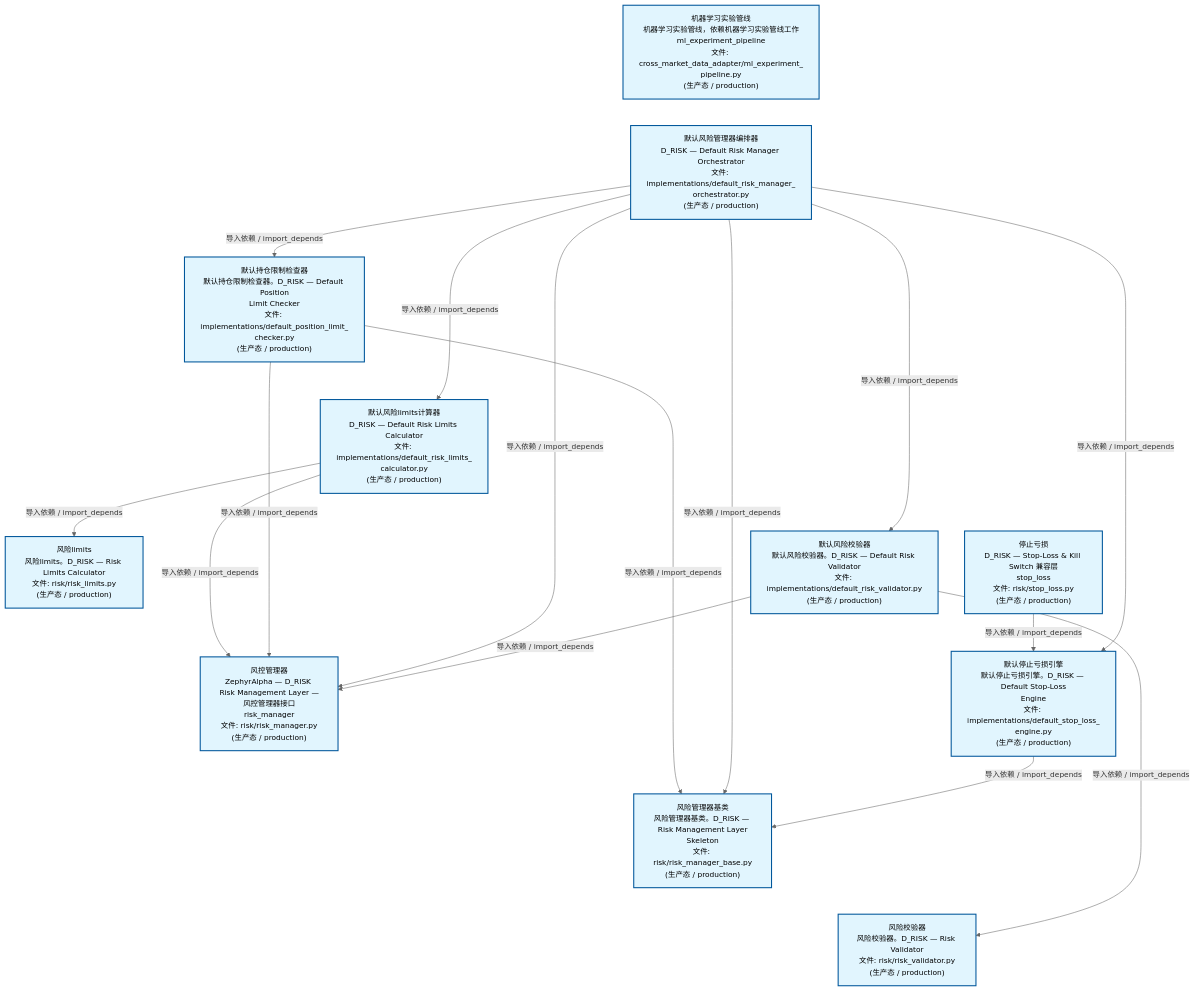
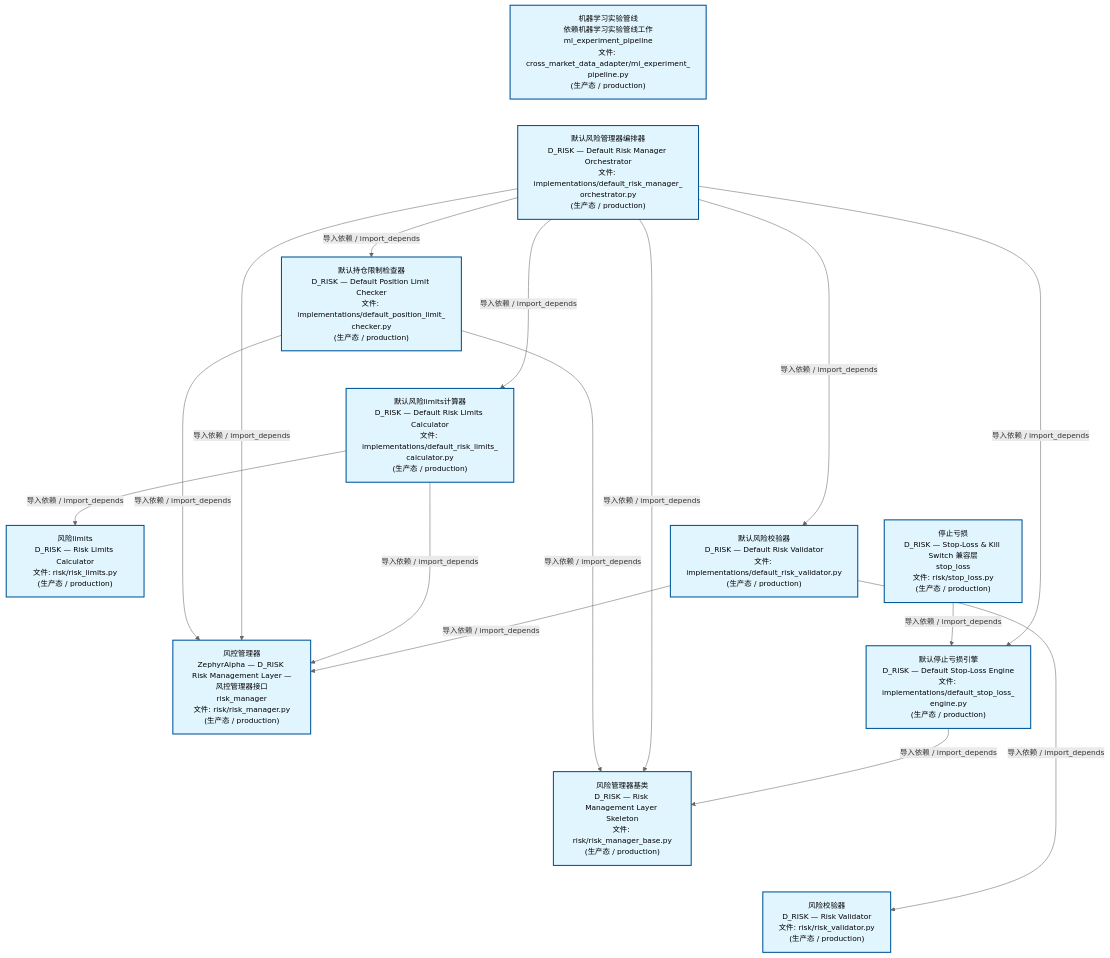
The second of 4 diagrams in docs/02_enterprise_architecture/02_domain_architecture_docs/65_d_risk.md (xuanFelixVan/ZephyrAlpha), drawn with Mermaid before and after one commit. The commit also changed other lines of this file and 63 other files, not shown here.

````diff
--- a/docs/02_enterprise_architecture/02_domain_architecture_docs/65_d_risk.md
+++ b/docs/02_enterprise_architecture/02_domain_architecture_docs/65_d_risk.md
@@ -136,42 +136,42 @@
 ```mermaid
 %%{init: {'theme': 'base', 'themeVariables': {'primaryColor': '#eaeaea', 'primaryTextColor': '#333333', 'primaryBorderColor': '#666666', 'lineColor': '#666666', 'secondaryColor': '#eaeaea', 'tertiaryColor': '#eaeaea', 'fontSize': '14px'}}}%%
 flowchart TD
-    src_zephyr_risk_cross_asset_cross_market_data_adapter_ml_experiment_pipeline_py["机器学习实验管线<br/>机器学习实验管线，依赖机器学习实验管线工作<br/>ml_experiment_pipeline<br/>文件: cross_market_data_adapter/ml_experiment_<br/>pipeline.py<br/>(生产态 / production)"]
+    src_zephyr_risk_cross_asset_cross_market_data_adapter_ml_experiment_pipeline_py["机器学习实验管线<br/>依赖机器学习实验管线工作<br/>ml_experiment_pipeline<br/>文件: cross_market_data_adapter/ml_experiment_<br/>pipeline.py<br/>(生产态 / production)"]
     src_zephyr_risk_implementations_default_risk_manager_orchestrator_py["默认风险管理器编排器<br/>D_RISK — Default Risk Manager Orchestrator<br/>文件: implementations/default_risk_manager_<br/>orchestrator.py<br/>(生产态 / production)"]
     src_zephyr_risk_stop_loss_py["停止亏损<br/>D_RISK — Stop-Loss & Kill Switch 兼容层<br/>stop_loss<br/>文件: risk/stop_loss.py<br/>(生产态 / production)"]
     src_zephyr_risk_cross_asset_cross_market_data_adapter_ml_experiment_pipeline_py ~~~ src_zephyr_risk_implementations_default_risk_manager_orchestrator_py
     src_zephyr_risk_implementations_default_risk_manager_orchestrator_py ~~~ src_zephyr_risk_stop_loss_py
-    src_zephyr_risk_implementations_default_position_limit_checker_py["默认持仓限制检查器<br/>默认持仓限制检查器。D_RISK — Default Position<br/>Limit Checker<br/>文件: implementations/default_position_limit_<br/>checker.py<br/>(生产态 / production)"]
+    src_zephyr_risk_implementations_default_position_limit_checker_py["默认持仓限制检查器<br/>D_RISK — Default Position Limit Checker<br/>文件: implementations/default_position_limit_<br/>checker.py<br/>(生产态 / production)"]
     src_zephyr_risk_implementations_default_risk_limits_calculator_py["默认风险limits计算器<br/>D_RISK — Default Risk Limits Calculator<br/>文件: implementations/default_risk_limits_<br/>calculator.py<br/>(生产态 / production)"]
-    src_zephyr_risk_implementations_default_risk_validator_py["默认风险校验器<br/>默认风险校验器。D_RISK — Default Risk Validator<br/>文件: implementations/default_risk_validator.py<br/>(生产态 / production)"]
-    src_zephyr_risk_implementations_default_stop_loss_engine_py["默认停止亏损引擎<br/>默认停止亏损引擎。D_RISK — Default Stop-Loss<br/>Engine<br/>文件: implementations/default_stop_loss_<br/>engine.py<br/>(生产态 / production)"]
+    src_zephyr_risk_implementations_default_risk_validator_py["默认风险校验器<br/>D_RISK — Default Risk Validator<br/>文件: implementations/default_risk_validator.py<br/>(生产态 / production)"]
+    src_zephyr_risk_implementations_default_stop_loss_engine_py["默认停止亏损引擎<br/>D_RISK — Default Stop-Loss Engine<br/>文件: implementations/default_stop_loss_<br/>engine.py<br/>(生产态 / production)"]
     src_zephyr_risk_implementations_default_position_limit_checker_py ~~~ src_zephyr_risk_implementations_default_risk_limits_calculator_py
     src_zephyr_risk_implementations_default_risk_limits_calculator_py ~~~ src_zephyr_risk_implementations_default_risk_validator_py
     src_zephyr_risk_implementations_default_risk_validator_py ~~~ src_zephyr_risk_implementations_default_stop_loss_engine_py
-    src_zephyr_risk_risk_limits_py["风险limits<br/>风险limits。D_RISK — Risk Limits Calculator<br/>文件: risk/risk_limits.py<br/>(生产态 / production)"]
+    src_zephyr_risk_risk_limits_py["风险limits<br/>D_RISK — Risk Limits Calculator<br/>文件: risk/risk_limits.py<br/>(生产态 / production)"]
     src_zephyr_risk_risk_manager_py["风控管理器<br/>ZephyrAlpha — D_RISK Risk Management Layer —<br/>风控管理器接口<br/>risk_manager<br/>文件: risk/risk_manager.py<br/>(生产态 / production)"]
-    src_zephyr_risk_risk_manager_base_py["风险管理器基类<br/>风险管理器基类。D_RISK — Risk Management Layer<br/>Skeleton<br/>文件: risk/risk_manager_base.py<br/>(生产态 / production)"]
-    src_zephyr_risk_risk_validator_py["风险校验器<br/>风险校验器。D_RISK — Risk Validator<br/>文件: risk/risk_validator.py<br/>(生产态 / production)"]
+    src_zephyr_risk_risk_manager_base_py["风险管理器基类<br/>D_RISK — Risk Management Layer Skeleton<br/>文件: risk/risk_manager_base.py<br/>(生产态 / production)"]
+    src_zephyr_risk_risk_validator_py["风险校验器<br/>D_RISK — Risk Validator<br/>文件: risk/risk_validator.py<br/>(生产态 / production)"]
     src_zephyr_risk_risk_limits_py ~~~ src_zephyr_risk_risk_manager_py
     src_zephyr_risk_risk_manager_py ~~~ src_zephyr_risk_risk_manager_base_py
     src_zephyr_risk_risk_manager_base_py ~~~ src_zephyr_risk_risk_validator_py
     src_zephyr_risk_stop_loss_py -->|导入依赖 / import_depends| src_zephyr_risk_implementations_default_stop_loss_engine_py
-    src_zephyr_risk_implementations_default_risk_limits_calculator_py -->|导入依赖 / import_depends| src_zephyr_risk_risk_manager_py
-    src_zephyr_risk_implementations_default_risk_limits_calculator_py -->|导入依赖 / import_depends| src_zephyr_risk_risk_limits_py
     src_zephyr_risk_implementations_default_position_limit_checker_py -->|导入依赖 / import_depends| src_zephyr_risk_risk_manager_py
     src_zephyr_risk_implementations_default_position_limit_checker_py -->|导入依赖 / import_depends| src_zephyr_risk_risk_manager_base_py
     src_zephyr_risk_implementations_default_risk_manager_orchestrator_py -->|导入依赖 / import_depends| src_zephyr_risk_risk_manager_py
     src_zephyr_risk_implementations_default_risk_manager_orchestrator_py -->|导入依赖 / import_depends| src_zephyr_risk_risk_manager_base_py
+    src_zephyr_risk_implementations_default_risk_manager_orchestrator_py -->|导入依赖 / import_depends| src_zephyr_risk_implementations_default_position_limit_checker_py
     src_zephyr_risk_implementations_default_risk_manager_orchestrator_py -->|导入依赖 / import_depends| src_zephyr_risk_implementations_default_risk_limits_calculator_py
-    src_zephyr_risk_implementations_default_risk_manager_orchestrator_py -->|导入依赖 / import_depends| src_zephyr_risk_implementations_default_position_limit_checker_py
+    src_zephyr_risk_implementations_default_risk_manager_orchestrator_py -->|导入依赖 / import_depends| src_zephyr_risk_implementations_default_risk_validator_py
     src_zephyr_risk_implementations_default_risk_manager_orchestrator_py -->|导入依赖 / import_depends| src_zephyr_risk_implementations_default_stop_loss_engine_py
-    src_zephyr_risk_implementations_default_risk_manager_orchestrator_py -->|导入依赖 / import_depends| src_zephyr_risk_implementations_default_risk_validator_py
-    src_zephyr_risk_implementations_default_stop_loss_engine_py -->|导入依赖 / import_depends| src_zephyr_risk_risk_manager_base_py
+    src_zephyr_risk_implementations_default_risk_limits_calculator_py -->|导入依赖 / import_depends| src_zephyr_risk_risk_manager_py
+    src_zephyr_risk_implementations_default_risk_limits_calculator_py -->|导入依赖 / import_depends| src_zephyr_risk_risk_limits_py
     src_zephyr_risk_implementations_default_risk_validator_py -->|导入依赖 / import_depends| src_zephyr_risk_risk_manager_py
     src_zephyr_risk_implementations_default_risk_validator_py -->|导入依赖 / import_depends| src_zephyr_risk_risk_validator_py
+    src_zephyr_risk_implementations_default_stop_loss_engine_py -->|导入依赖 / import_depends| src_zephyr_risk_risk_manager_base_py
     classDef production fill:#e1f5fe,stroke:#01579b,stroke-width:2px,color:#000
     classDef design fill:#fff3e0,stroke:#e65100,stroke-width:2px,color:#000,stroke-dasharray: 5 5
     classDef external_prod fill:#e8f4fd,stroke:#0277bd,stroke-width:1px,color:#000
     classDef external_design fill:#fff8e7,stroke:#ef6c00,stroke-width:1px,color:#000,stroke-dasharray: 5 5
     class src_zephyr_risk_cross_asset_cross_market_data_adapter_ml_experiment_pipeline_py,src_zephyr_risk_implementations_default_position_limit_checker_py,src_zephyr_risk_implementations_default_risk_limits_calculator_py,src_zephyr_risk_implementations_default_risk_manager_orchestrator_py,src_zephyr_risk_implementations_default_risk_validator_py,src_zephyr_risk_implementations_default_stop_loss_engine_py,src_zephyr_risk_risk_limits_py,src_zephyr_risk_risk_manager_py,src_zephyr_risk_risk_manager_base_py,src_zephyr_risk_risk_validator_py,src_zephyr_risk_stop_loss_py production
 ```
````
